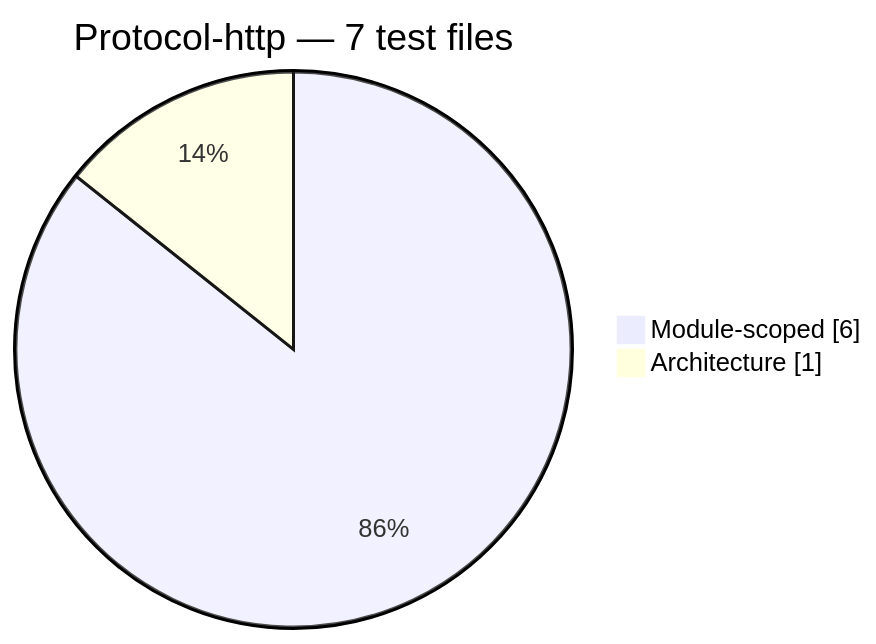
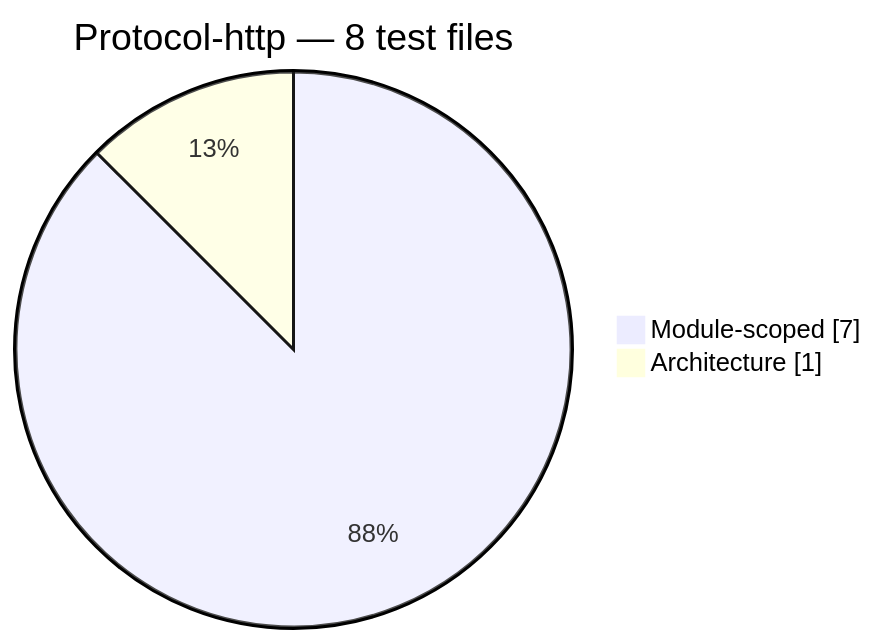
One commit to PHP-Arazzo/php-arazzo changed the ninth of 13 diagrams in docs/generated/test-composition.md. Above: the diagram before and after it, drawn with Mermaid. The commit also changed other lines of this file and 142 other files, not shown here.

````diff
--- a/docs/generated/test-composition.md
+++ b/docs/generated/test-composition.md
@@ -130,6 +130,6 @@
 ```mermaid
 pie showData
-    title Protocol-http — 7 test files
-    "Module-scoped": 6
+    title Protocol-http — 8 test files
+    "Module-scoped": 7
     "Architecture": 1
 ```
````
